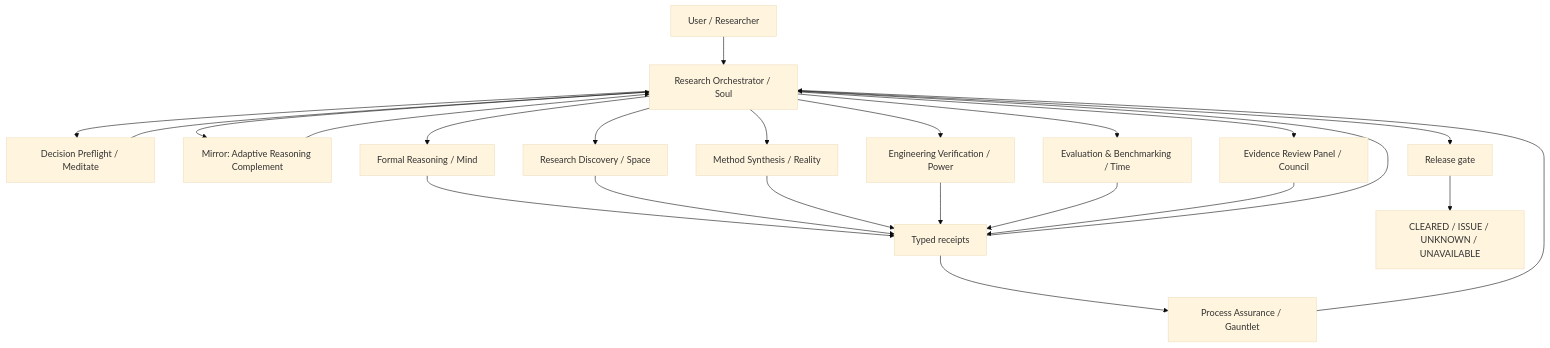
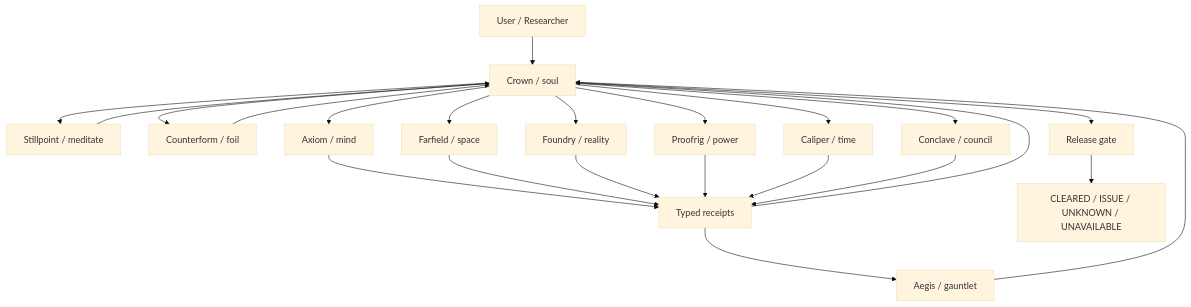
The diagram in docs/ARCHITECTURE.md (Kitahl/The-Gauntlet), drawn with Mermaid (base theme) before and after one commit. The commit also changed other lines of this file and 71 other files, not shown here.

````diff
--- a/docs/ARCHITECTURE.md
+++ b/docs/ARCHITECTURE.md
@@ -7,26 +7,26 @@
 ```mermaid
 flowchart TD
-    U[User / Researcher] --> O[Research Orchestrator / Soul]
-    O --> Q[Decision Preflight / Meditate]
-    O --> A[Mirror: Adaptive Reasoning Complement]
-    O --> F[Formal Reasoning / Mind]
-    O --> D[Research Discovery / Space]
-    O --> S[Method Synthesis / Reality]
-    O --> E[Engineering Verification / Power]
-    O --> B[Evaluation & Benchmarking / Time]
-    O --> R[Evidence Review Panel / Council]
+    U[User / Researcher] --> O[Crown / soul]
+    O --> Q[Stillpoint / meditate]
+    O --> A[Counterform / foil]
+    O --> F[Axiom / mind]
+    O --> D[Farfield / space]
+    O --> S[Foundry / reality]
+    O --> E[Proofrig / power]
+    O --> B[Caliper / time]
+    O --> R[Conclave / council]
 
     Q --> O
     A --> O
     F --> X[Typed receipts]
     D --> X
     S --> X
     E --> X
     B --> X
     R --> X
-    X --> P[Process Assurance / Gauntlet]
+    X --> P[Aegis / gauntlet]
     P --> O
     X --> O
     O --> G[Release gate]
     G --> Z[CLEARED / ISSUE / UNKNOWN / UNAVAILABLE]
 ```
````
